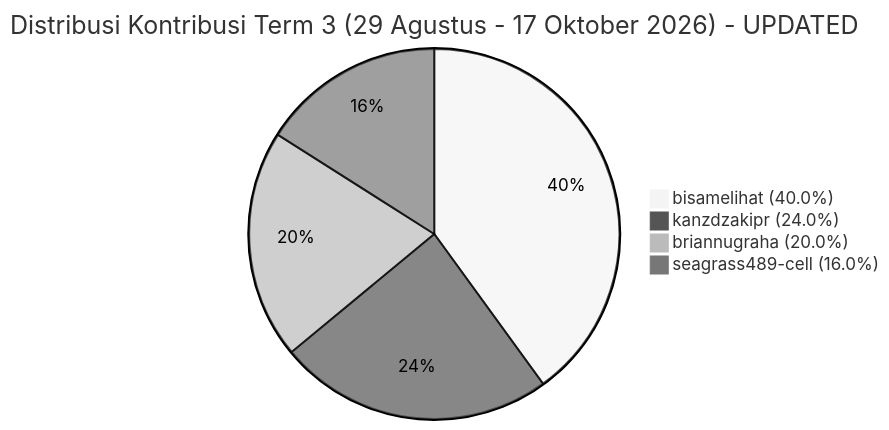
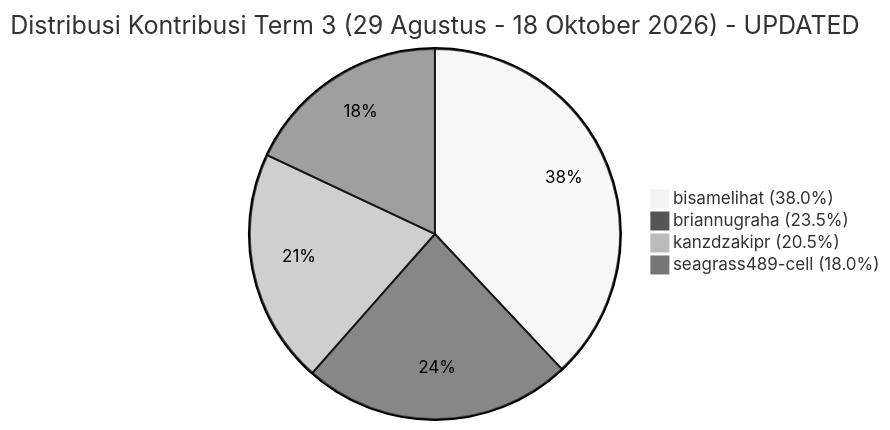
One commit to kanzdzakipr/ServicePlan-BRA changed the fourth of 4 diagrams in KONTRIBUSI_TIM.md. Above: the diagram before and after it, drawn with Mermaid (neutral theme). The commit also changed other lines of this file, not shown here.

Commit message:
update kontribusi tim per 18 okt

````diff
--- a/KONTRIBUSI_TIM.md
+++ b/KONTRIBUSI_TIM.md
@@ -118,7 +118,7 @@
 ```mermaid
-pie title Distribusi Kontribusi Term 3 (29 Agustus - 17 Oktober 2026) - UPDATED
-    "bisamelihat (40.0%)" : 40.0
-    "kanzdzakipr (24.0%)" : 24.0
-    "briannugraha (20.0%)" : 20.0
-    "seagrass489-cell (16.0%)" : 16.0
+pie title Distribusi Kontribusi Term 3 (29 Agustus - 18 Oktober 2026) - UPDATED
+    "bisamelihat (38.0%)" : 38.0
+    "briannugraha (23.5%)" : 23.5
+    "kanzdzakipr (20.5%)" : 20.5
+    "seagrass489-cell (18.0%)" : 18.0
 ```
````
